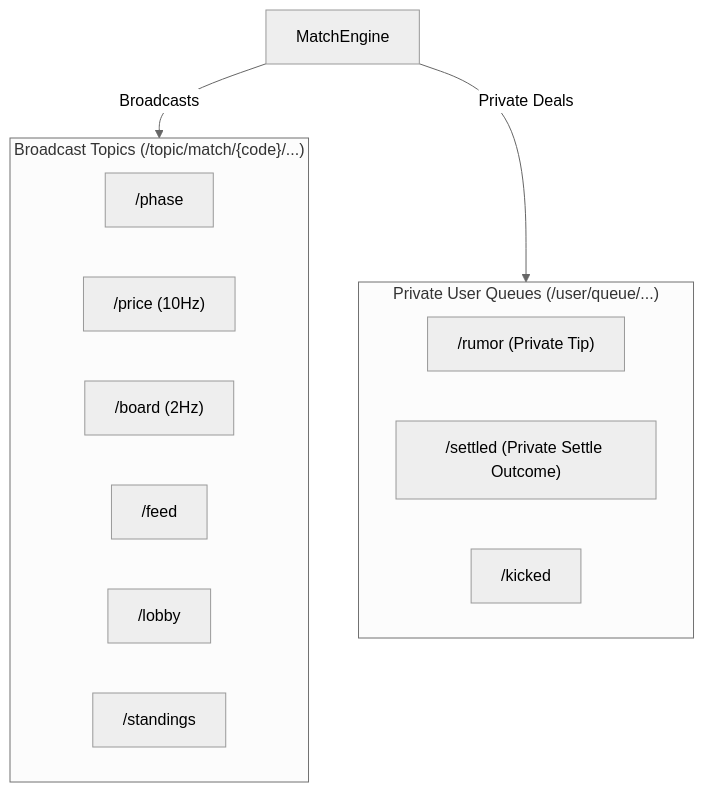
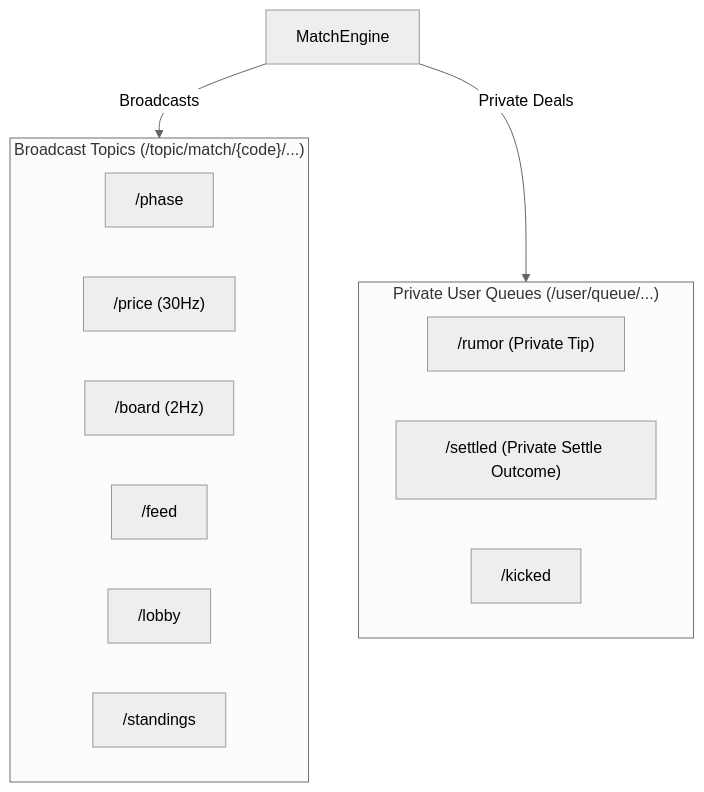
Before and after one commit to pushkqr/stonk-royale: the diagram in learning/03-backend-architecture.md, drawn with Mermaid (neutral theme). The commit also changed other lines of this file and 5 other files, not shown here.

````diff
--- a/learning/03-backend-architecture.md
+++ b/learning/03-backend-architecture.md
@@ -82,20 +82,20 @@
 ```mermaid
 flowchart TD
     subgraph TOPICS["Broadcast Topics (/topic/match/{code}/...)"]
         P["/phase"]
-        PR["/price (10Hz)"]
+        PR["/price (30Hz)"]
         B["/board (2Hz)"]
         F["/feed"]
         L["/lobby"]
         S["/standings"]
     end
 
     subgraph QUEUES["Private User Queues (/user/queue/...)"]
         R["/rumor (Private Tip)"]
         SET["/settled (Private Settle Outcome)"]
         K["/kicked"]
     end
 
     ENGINE["MatchEngine"] -->|Broadcasts| TOPICS
     ENGINE -->|Private Deals| QUEUES
 ```
````
